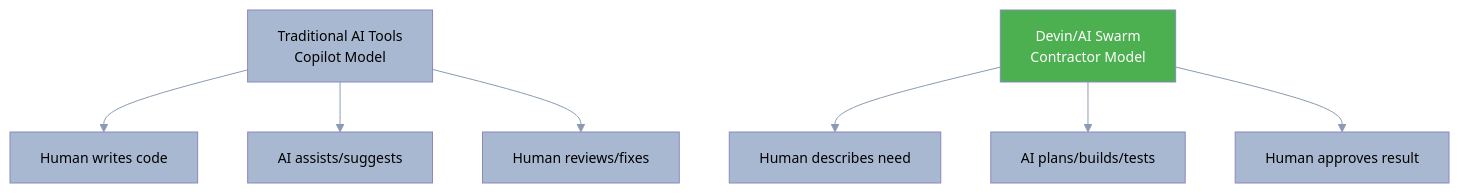
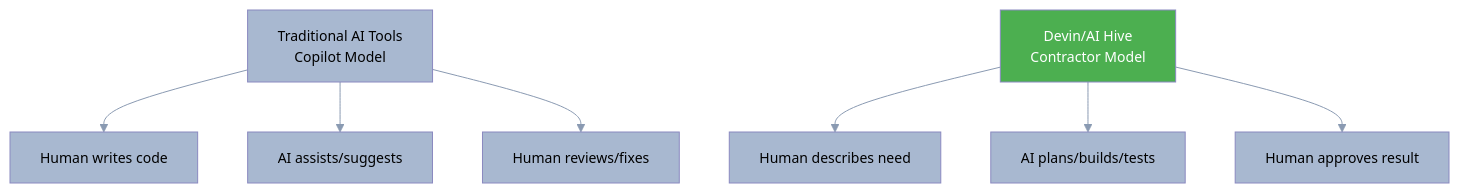
Before and after one commit to o2alexanderfedin/AI-Hive-Business-Docs: the third of 8 diagrams in business-documents/market-analysis/05-competitive-landscape.md, drawn with Mermaid. The commit also changed other lines of this file and 22 other files, not shown here.

First line of the commit message:
Replace all references from 'AI Swarm' to 'AI Hive' across project

````diff
--- a/business-documents/market-analysis/05-competitive-landscape.md
+++ b/business-documents/market-analysis/05-competitive-landscape.md
@@ -253,74 +253,74 @@
 ```mermaid
 %%{init: {
   'theme': 'base',
   'themeVariables': {
     'primaryColor': '#A8B8D0',
     'primaryTextColor': '#000000',
     'primaryBorderColor': '#8A9AB2',
     'lineColor': '#8A9AB2',
     'secondaryColor': '#5DBCB6',
     'secondaryTextColor': '#000000',
     'secondaryBorderColor': '#3D9A94',
     'tertiaryColor': '#84D4F5',
     'tertiaryTextColor': '#000000',
     'tertiaryBorderColor': '#5ABCD8',
     'background': '#F5F5F5',
     'mainBkg': '#A8B8D0',
     'secondBkg': '#5DBCB6',
     'tertiaryBkg': '#84D4F5',
     'mainContrastColor': '#000000',
     'darkMode': false,
     'fontFamily': 'Arial, sans-serif',
     'fontSize': '14px',
     'labelBackground': '#E8E8E8',
     'textColor': '#000000',
     'nodeBkg': '#B3B2D8',
     'nodeTextColor': '#000000',
     'nodeBorder': '#8A89C0',
     'clusterBkg': '#E5C4CA',
     'clusterBorder': '#CDA2AB',
     'defaultLinkColor': '#8A9AB2',
     'titleColor': '#000000',
     'edgeLabelBackground': '#F5F5F5',
     'actorBorder': '#8A9AB2',
     'actorBkg': '#B3B2D8',
     'actorTextColor': '#000000',
     'actorLineColor': '#8A9AB2',
     'signalColor': '#000000',
     'signalTextColor': '#000000',
     'activationBorderColor': '#8A9AB2',
     'activationBkgColor': '#E5C4CA',
     'sequenceNumberColor': '#000000',
     'sectionBkgColor': '#FFD54F',
     'altSectionBkgColor': '#FFB74D',
     'sectionBkgColor2': '#E1B3C4',
     'taskBorderColor': '#8A9AB2',
     'taskBkgColor': '#B3B2D8',
     'taskTextColor': '#000000',
     'taskTextLightColor': '#000000',
     'taskTextOutsideColor': '#000000',
     'taskTextClickableColor': '#000000',
     'activeTaskBorderColor': '#A8B8D0',
     'activeTaskBkgColor': '#84D4F5',
     'gridColor': '#C0C0C0',
     'doneTaskBkgColor': '#5DBCB6',
     'doneTaskBorderColor': '#3D9A94',
     'critBorderColor': '#E27D00',
     'critBkgColor': '#FFB74D',
     'todayLineColor': '#E27D00',
     'labelColor': '#000000',
     'errorBkgColor': '#E1B3C4',
     'errorTextColor': '#000000'
   }
 }}%%
 graph TD
     A[Traditional AI Tools<br/>Copilot Model] --> A1[Human writes code]
     A --> A2[AI assists/suggests]
     A --> A3[Human reviews/fixes]
 
-    B[Devin/AI Swarm<br/>Contractor Model] --> B1[Human describes need]
+    B[Devin/AI Hive<br/>Contractor Model] --> B1[Human describes need]
     B --> B2[AI plans/builds/tests]
     B --> B3[Human approves result]
 
     style B fill:#4CAF50,color:#fff
 ```
````
